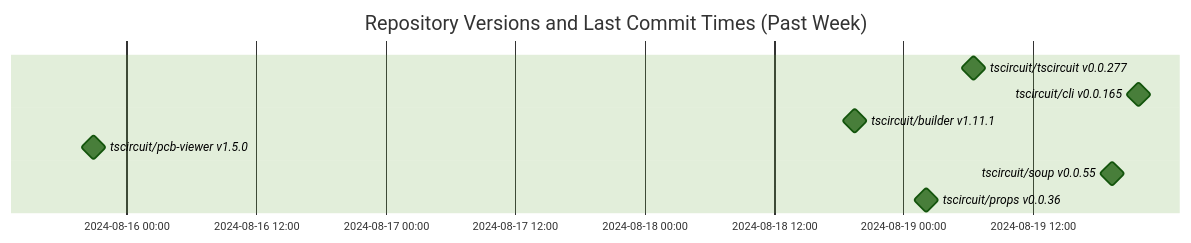
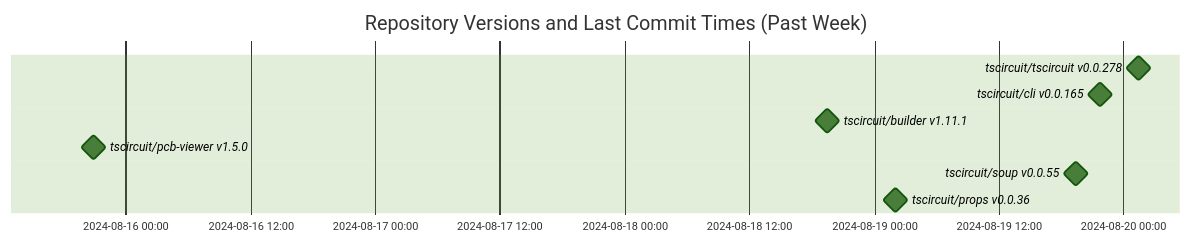
The diagram in README.md (tscircuit/version-tracker), drawn with Mermaid (forest theme) before and after one commit.

Commit message:
Update chart

````diff
--- a/README.md
+++ b/README.md
@@ -1,13 +1,13 @@
 ```mermaid
 gantt
   dateFormat  YYYY-MM-DD HH:mm:ss
   title Repository Versions and Last Commit Times (Past Week)
   axisFormat %Y-%m-%d %H:%M
 
-  tscircuit/tscircuit v0.0.277 : milestone, 2024-08-19 06:29:36, 1s
+  tscircuit/tscircuit v0.0.278 : milestone, 2024-08-20 01:26:07, 1s
   tscircuit/cli v0.0.165 : milestone, 2024-08-19 21:47:00, 1s
   tscircuit/builder v1.11.1 : milestone, 2024-08-18 19:26:24, 1s
   tscircuit/pcb-viewer v1.5.0 : milestone, 2024-08-15 20:55:08, 1s
   tscircuit/soup v0.0.55 : milestone, 2024-08-19 19:22:24, 1s
   tscircuit/props v0.0.36 : milestone, 2024-08-19 02:05:19, 1s
 ```
````
